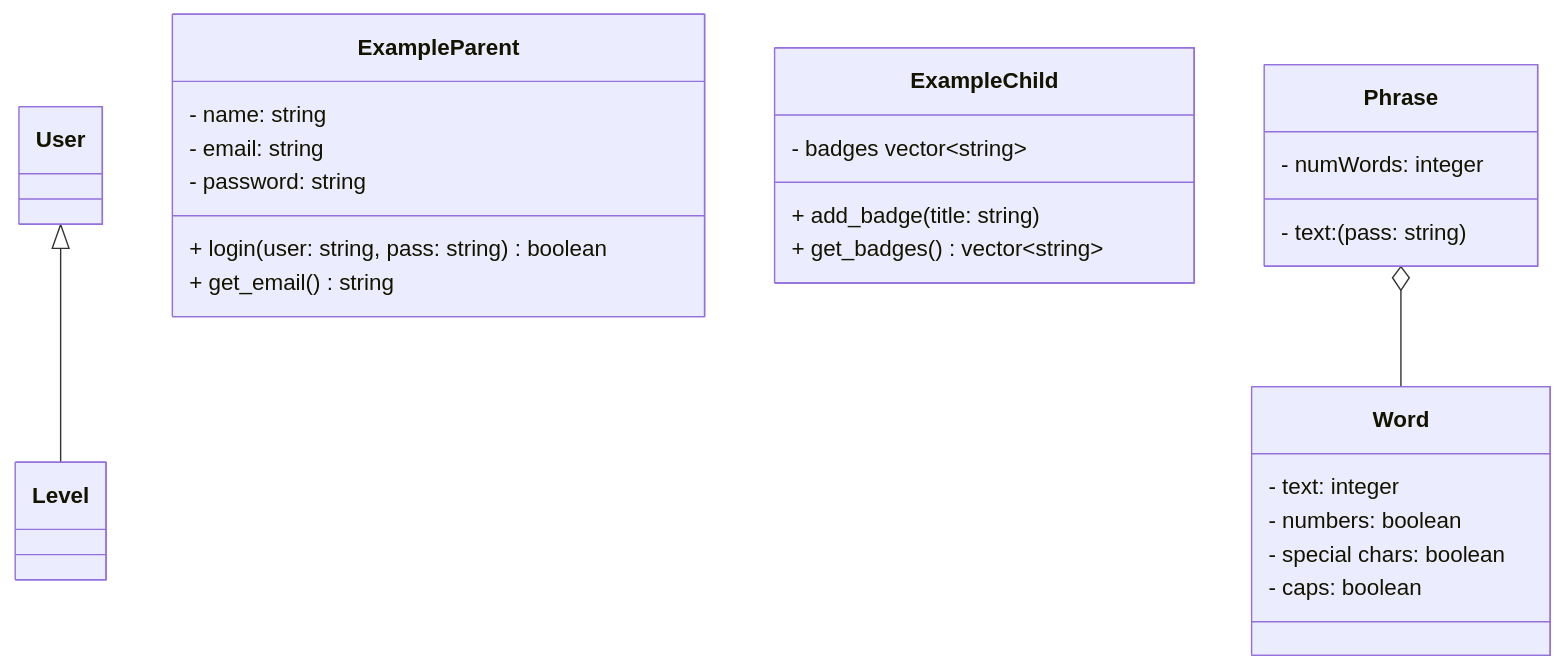
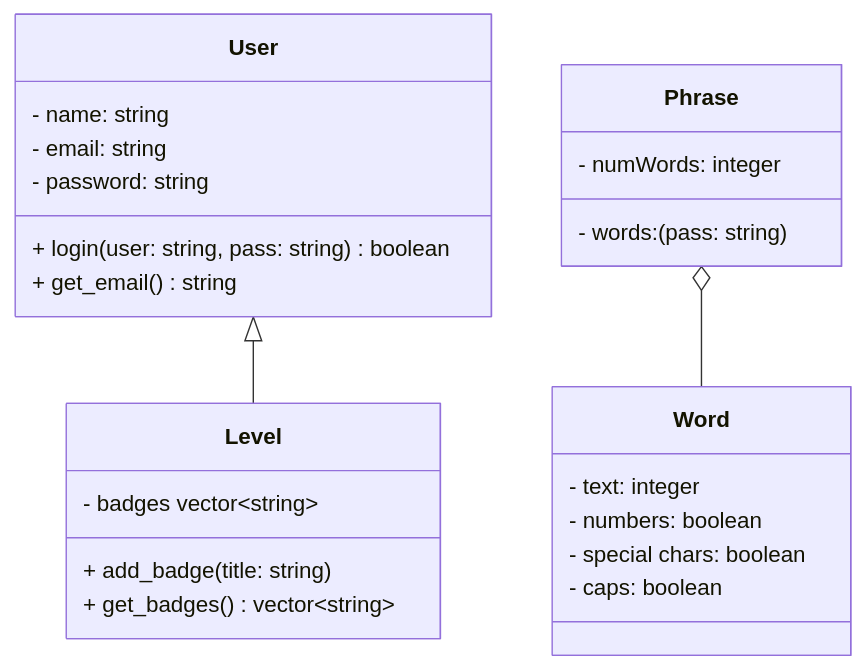
Before and after one commit to Ultramas/tippitytappity-design: the diagram in README.md, drawn with Mermaid.

````diff
--- a/README.md
+++ b/README.md
@@ -8,28 +8,28 @@
 ```mermaid
 classDiagram
   User <|-- Level
-  class ExampleParent{
+  class User{
         - name: string
         - email: string
         - password: string
         + login(user: string, pass: string) boolean
         + get_email() string
   }
-  class ExampleChild{
+  class Level{
         - badges vector~string~
         + add_badge(title: string)
         + get_badges() vector~string~
   }
 
   Phrase o-- Word
   class Phrase{
-        - text: (pass: string)
+        - words: (pass: string)
         - numWords: integer
   }
   class Word{
         - text: integer
         - numbers: boolean
         - special chars: boolean
         - caps: boolean
   }     
 ```
````
